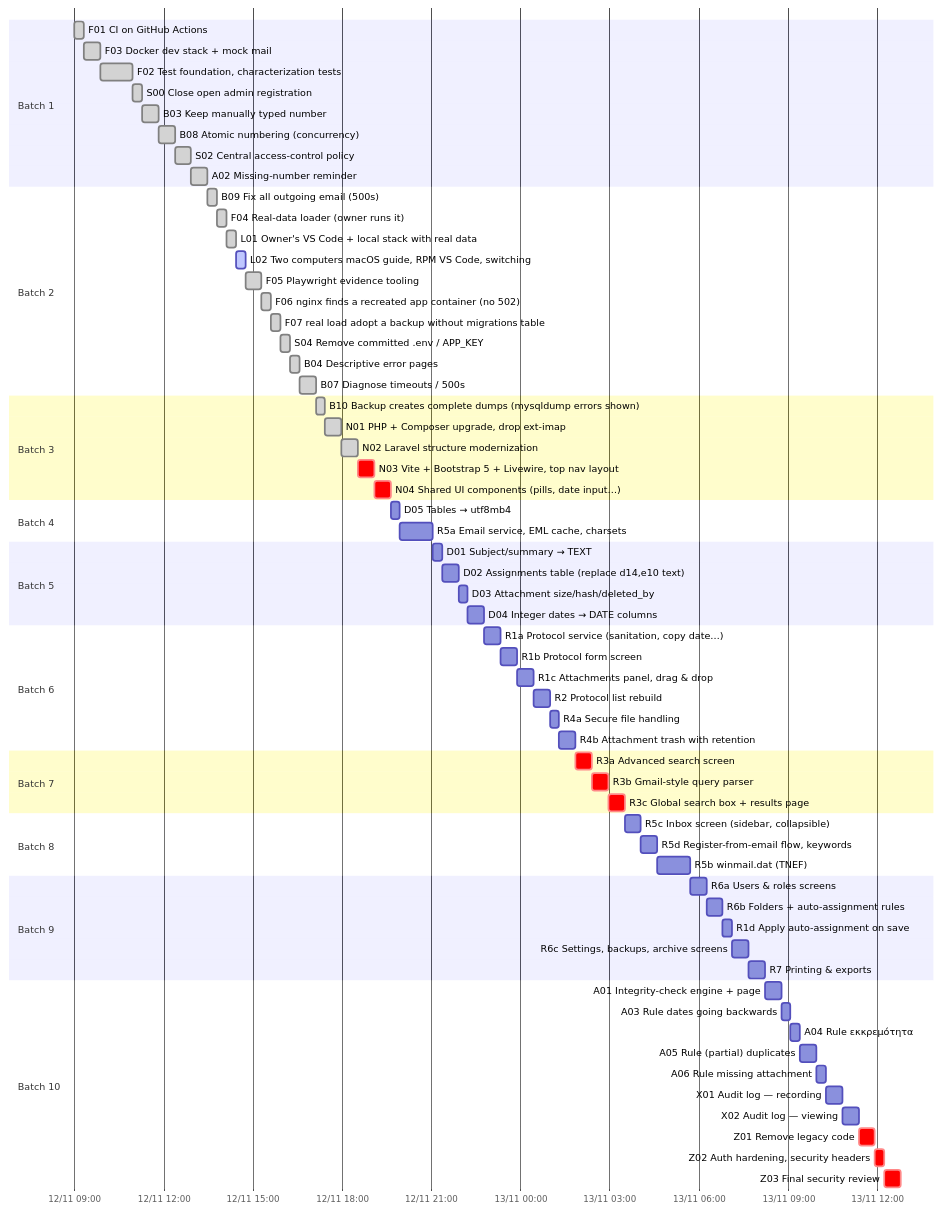
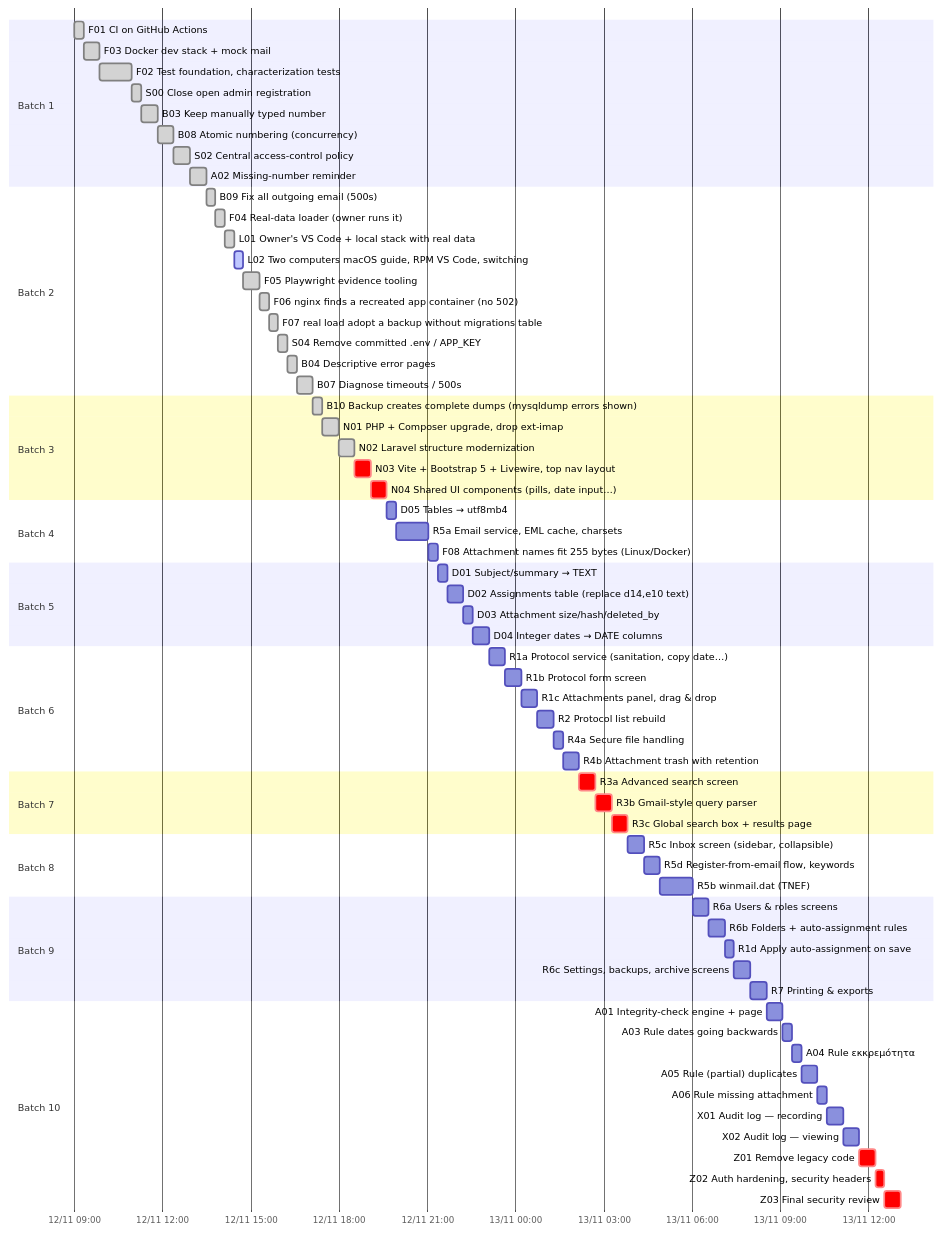
Before and after one commit to dipelaserasmus-del/electronic_protocol: the second of 2 diagrams in docs/plan/PROGRESS.md, drawn with Mermaid. The commit also changed other lines of this file and 5 other files, not shown here.

Commit message:
Plan: owner's private e-mails received; new task F08 (attachment names vs 255-byte limit)

````diff
--- a/docs/plan/PROGRESS.md
+++ b/docs/plan/PROGRESS.md
@@ -203,72 +205,73 @@
 ```mermaid
 gantt
   dateFormat YYYY-MM-DD HH:mm
   axisFormat %d/%m %H:%M
   todayMarker off
   section Batch 1
   F01 CI on GitHub Actions :done, f01, 2026-11-12 09:00, 19m
   F03 Docker dev stack + mock mail :done, f03, 2026-11-12 09:19, 33m
   F02 Test foundation, characterization tests :done, f02, 2026-11-12 09:52, 66m
   S00 Close open admin registration :done, s00, 2026-11-12 10:58, 19m
   B03 Keep manually typed number :done, b03, 2026-11-12 11:17, 33m
   B08 Atomic numbering (concurrency) :done, b08, 2026-11-12 11:50, 33m
   S02 Central access-control policy :done, s02, 2026-11-12 12:23, 33m
   A02 Missing-number reminder :done, a02, 2026-11-12 12:56, 33m
   section Batch 2
   B09 Fix all outgoing email (500s) :done, b09, 2026-11-12 13:29, 19m
   F04 Real-data loader (owner runs it) :done, f04, 2026-11-12 13:48, 19m
   L01 Owner's VS Code + local stack with real data :done, l01, 2026-11-12 14:07, 19m
   L02 Two computers  macOS guide, RPM VS Code, switching :active, l02, 2026-11-12 14:26, 19m
   F05 Playwright evidence tooling :done, f05, 2026-11-12 14:45, 33m
   F06 nginx finds a recreated app container (no 502) :done, f06, 2026-11-12 15:18, 19m
   F07 real load  adopt a backup without migrations table :done, f07, 2026-11-12 15:37, 19m
   S04 Remove committed .env / APP_KEY :done, s04, 2026-11-12 15:56, 19m
   B04 Descriptive error pages :done, b04, 2026-11-12 16:15, 19m
   B07 Diagnose timeouts / 500s :done, b07, 2026-11-12 16:34, 33m
   section Batch 3
   B10 Backup creates complete dumps (mysqldump errors shown) :done, b10, 2026-11-12 17:07, 19m
   N01 PHP + Composer upgrade, drop ext-imap :done, n01, 2026-11-12 17:26, 33m
   N02 Laravel structure modernization :done, n02, 2026-11-12 17:59, 33m
   N03 Vite + Bootstrap 5 + Livewire, top nav layout :crit, n03, 2026-11-12 18:32, 33m
   N04 Shared UI components (pills, date input…) :crit, n04, 2026-11-12 19:05, 33m
   section Batch 4
   D05 Tables → utf8mb4 :d05, 2026-11-12 19:38, 19m
   R5a Email service, EML cache, charsets :r5a, 2026-11-12 19:57, 66m
+  F08 Attachment names fit 255 bytes (Linux/Docker) :f08, 2026-11-12 21:03, 19m
   section Batch 5
-  D01 Subject/summary → TEXT :d01, 2026-11-12 21:03, 19m
-  D02 Assignments table (replace d14,e10 text) :d02, 2026-11-12 21:22, 33m
-  D03 Attachment size/hash/deleted_by :d03, 2026-11-12 21:55, 19m
-  D04 Integer dates → DATE columns :d04, 2026-11-12 22:14, 33m
+  D01 Subject/summary → TEXT :d01, 2026-11-12 21:22, 19m
+  D02 Assignments table (replace d14,e10 text) :d02, 2026-11-12 21:41, 33m
+  D03 Attachment size/hash/deleted_by :d03, 2026-11-12 22:14, 19m
+  D04 Integer dates → DATE columns :d04, 2026-11-12 22:33, 33m
   section Batch 6
-  R1a Protocol service (sanitation, copy date…) :r1a, 2026-11-12 22:47, 33m
-  R1b Protocol form screen :r1b, 2026-11-12 23:20, 33m
-  R1c Attachments panel, drag & drop :r1c, 2026-11-12 23:53, 33m
-  R2 Protocol list rebuild :r2, 2026-11-13 00:26, 33m
-  R4a Secure file handling :r4a, 2026-11-13 00:59, 19m
-  R4b Attachment trash with retention :r4b, 2026-11-13 01:18, 33m
+  R1a Protocol service (sanitation, copy date…) :r1a, 2026-11-12 23:06, 33m
+  R1b Protocol form screen :r1b, 2026-11-12 23:39, 33m
+  R1c Attachments panel, drag & drop :r1c, 2026-11-13 00:12, 33m
+  R2 Protocol list rebuild :r2, 2026-11-13 00:45, 33m
+  R4a Secure file handling :r4a, 2026-11-13 01:18, 19m
+  R4b Attachment trash with retention :r4b, 2026-11-13 01:37, 33m
   section Batch 7
-  R3a Advanced search screen :crit, r3a, 2026-11-13 01:51, 33m
-  R3b Gmail-style query parser :crit, r3b, 2026-11-13 02:24, 33m
-  R3c Global search box + results page :crit, r3c, 2026-11-13 02:57, 33m
+  R3a Advanced search screen :crit, r3a, 2026-11-13 02:10, 33m
+  R3b Gmail-style query parser :crit, r3b, 2026-11-13 02:43, 33m
+  R3c Global search box + results page :crit, r3c, 2026-11-13 03:16, 33m
   section Batch 8
-  R5c Inbox screen (sidebar, collapsible) :r5c, 2026-11-13 03:30, 33m
-  R5d Register-from-email flow, keywords :r5d, 2026-11-13 04:03, 33m
-  R5b winmail.dat (TNEF) :r5b, 2026-11-13 04:36, 66m
+  R5c Inbox screen (sidebar, collapsible) :r5c, 2026-11-13 03:49, 33m
+  R5d Register-from-email flow, keywords :r5d, 2026-11-13 04:22, 33m
+  R5b winmail.dat (TNEF) :r5b, 2026-11-13 04:55, 66m
   section Batch 9
-  R6a Users & roles screens :r6a, 2026-11-13 05:42, 33m
-  R6b Folders + auto-assignment rules :r6b, 2026-11-13 06:15, 33m
-  R1d Apply auto-assignment on save :r1d, 2026-11-13 06:48, 19m
-  R6c Settings, backups, archive screens :r6c, 2026-11-13 07:07, 33m
-  R7 Printing & exports :r7, 2026-11-13 07:40, 33m
+  R6a Users & roles screens :r6a, 2026-11-13 06:01, 33m
+  R6b Folders + auto-assignment rules :r6b, 2026-11-13 06:34, 33m
+  R1d Apply auto-assignment on save :r1d, 2026-11-13 07:07, 19m
+  R6c Settings, backups, archive screens :r6c, 2026-11-13 07:26, 33m
+  R7 Printing & exports :r7, 2026-11-13 07:59, 33m
   section Batch 10
-  A01 Integrity-check engine + page :a01, 2026-11-13 08:13, 33m
-  A03 Rule  dates going backwards :a03, 2026-11-13 08:46, 19m
-  A04 Rule  εκκρεμότητα :a04, 2026-11-13 09:05, 19m
-  A05 Rule  (partial) duplicates :a05, 2026-11-13 09:24, 33m
-  A06 Rule  missing attachment :a06, 2026-11-13 09:57, 19m
-  X01 Audit log — recording :x01, 2026-11-13 10:16, 33m
-  X02 Audit log — viewing :x02, 2026-11-13 10:49, 33m
-  Z01 Remove legacy code :crit, z01, 2026-11-13 11:22, 33m
-  Z02 Auth hardening, security headers :crit, z02, 2026-11-13 11:55, 19m
-  Z03 Final security review :crit, z03, 2026-11-13 12:14, 33m
+  A01 Integrity-check engine + page :a01, 2026-11-13 08:32, 33m
+  A03 Rule  dates going backwards :a03, 2026-11-13 09:05, 19m
+  A04 Rule  εκκρεμότητα :a04, 2026-11-13 09:24, 19m
+  A05 Rule  (partial) duplicates :a05, 2026-11-13 09:43, 33m
+  A06 Rule  missing attachment :a06, 2026-11-13 10:16, 19m
+  X01 Audit log — recording :x01, 2026-11-13 10:35, 33m
+  X02 Audit log — viewing :x02, 2026-11-13 11:08, 33m
+  Z01 Remove legacy code :crit, z01, 2026-11-13 11:41, 33m
+  Z02 Auth hardening, security headers :crit, z02, 2026-11-13 12:14, 19m
+  Z03 Final security review :crit, z03, 2026-11-13 12:33, 33m
 ```
````
